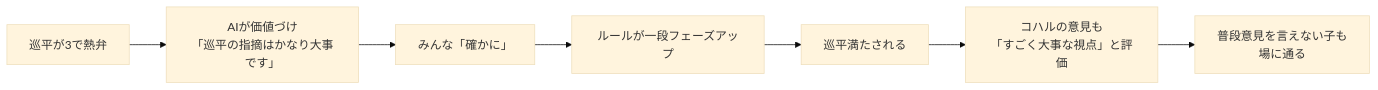
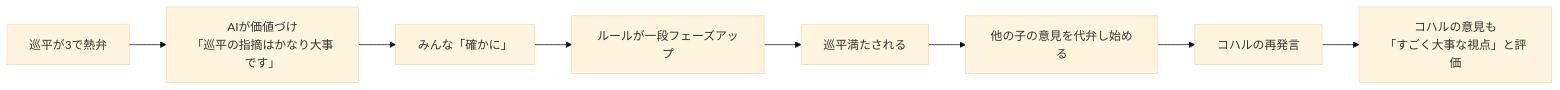
The tenth of 17 diagrams in プラネタリーラーニング運営MTG_20260604.md (VOMOYA/planetary-learning-mtg-reports), drawn with Mermaid (base theme) before and after one commit. The commit also changed other lines of this file, not shown here.

````diff
--- a/プラネタリーラーニング運営MTG_20260604.md
+++ b/プラネタリーラーニング運営MTG_20260604.md
@@ -204,9 +315,10 @@
 ```mermaid
 graph LR
   A[巡平が3で熱弁] --> B[AIが価値づけ<br/>「巡平の指摘はかなり大事です」]
   B --> C[みんな「確かに」]
   C --> D[ルールが一段フェーズアップ]
   D --> E[巡平満たされる]
-  E --> F[コハルの意見も<br/>「すごく大事な視点」と評価]
-  F --> G[普段意見を言えない子も<br/>場に通る]
+  E --> F[他の子の意見を代弁し始める]
+  F --> G[コハルの再発言]
+  G --> H[コハルの意見も<br/>「すごく大事な視点」と評価]
 ```
````
